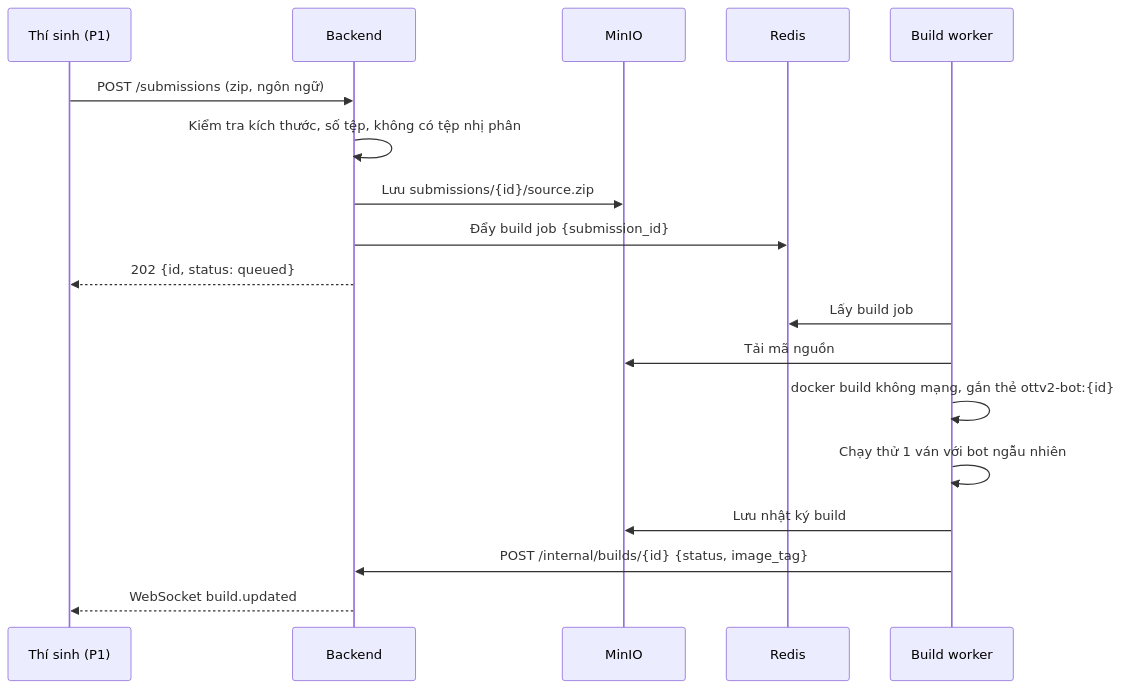
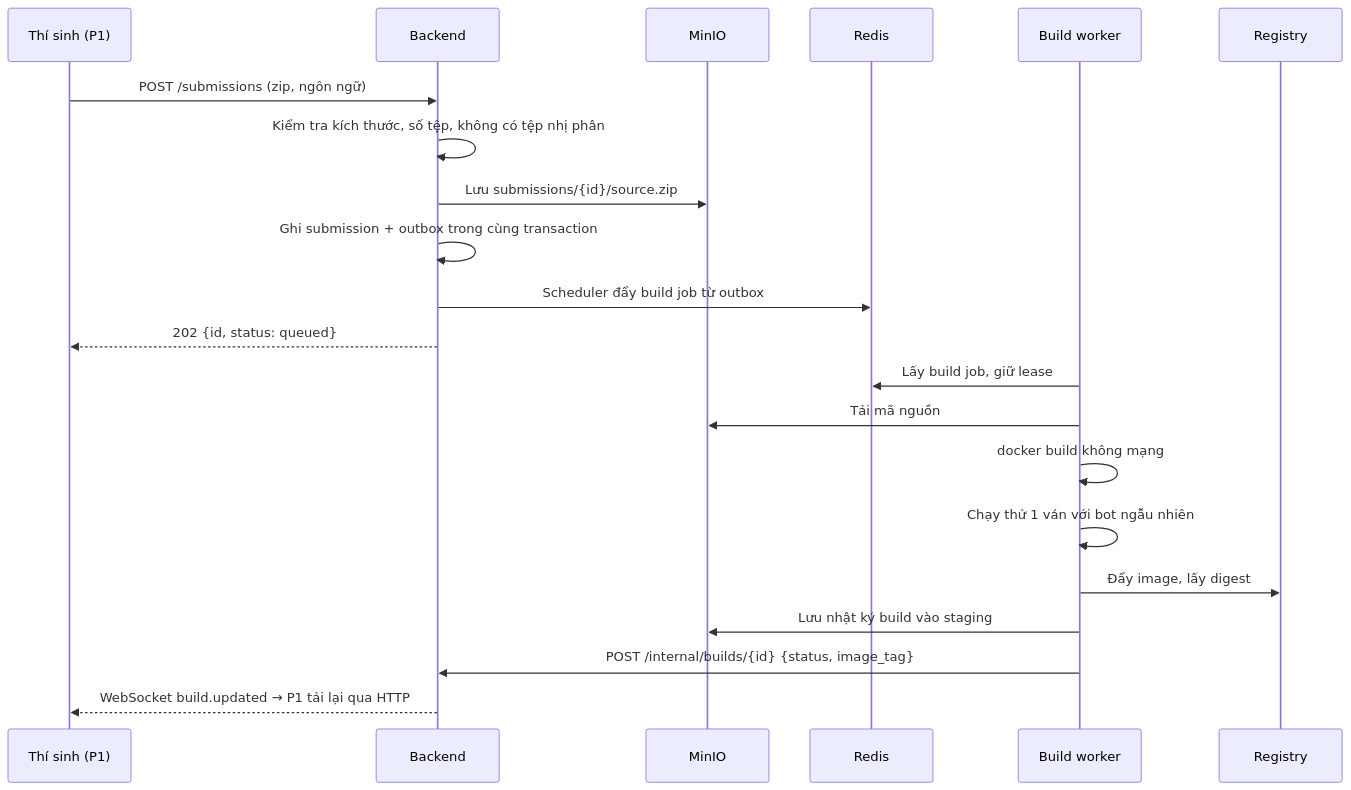
The second of 3 diagrams in architecture.md (PhamHaiDang2006/OTTv2_Arena), drawn with Mermaid before and after one commit. The commit also changed other lines of this file and 13 other files, not shown here.

````diff
--- a/architecture.md
+++ b/architecture.md
@@ -67,20 +64,23 @@
 ```mermaid
 sequenceDiagram
     participant T as Thí sinh (P1)
     participant A as Backend
     participant S as MinIO
     participant Q as Redis
     participant B as Build worker
+    participant R as Registry
     T->>A: POST /submissions (zip, ngôn ngữ)
     A->>A: Kiểm tra kích thước, số tệp, không có tệp nhị phân
     A->>S: Lưu submissions/{id}/source.zip
-    A->>Q: Đẩy build job {submission_id}
+    A->>A: Ghi submission + outbox trong cùng transaction
+    A->>Q: Scheduler đẩy build job từ outbox
     A-->>T: 202 {id, status: queued}
-    B->>Q: Lấy build job
+    B->>Q: Lấy build job, giữ lease
     B->>S: Tải mã nguồn
-    B->>B: docker build không mạng, gắn thẻ ottv2-bot:{id}
+    B->>B: docker build không mạng
     B->>B: Chạy thử 1 ván với bot ngẫu nhiên
-    B->>S: Lưu nhật ký build
+    B->>R: Đẩy image, lấy digest
+    B->>S: Lưu nhật ký build vào staging
     B->>A: POST /internal/builds/{id} {status, image_tag}
-    A-->>T: WebSocket build.updated
+    A-->>T: WebSocket build.updated → P1 tải lại qua HTTP
 ```
````
